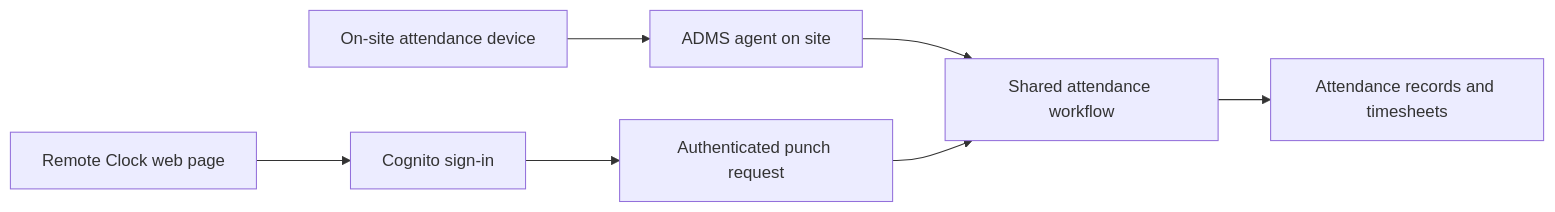
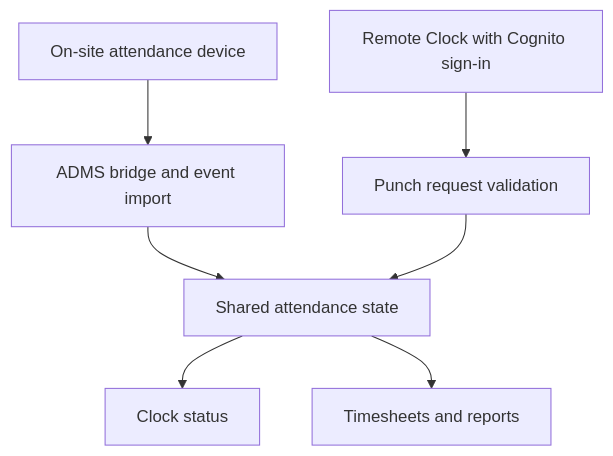
The second of 3 diagrams in README.md (ShuaibSahib2017/meatorderpro-showcase), drawn with Mermaid before and after one commit. The commit also changed other lines of this file, not shown here.

````diff
--- a/README.md
+++ b/README.md
@@ -62,9 +63,9 @@
 ```mermaid
-flowchart LR
-    A["On-site attendance device"] --> B["ADMS agent on site"]
-    C["Remote Clock web page"] --> D["Cognito sign-in"]
-    D --> E["Authenticated punch request"]
-    B --> F["Shared attendance workflow"]
-    E --> F
-    F --> G["Attendance records and timesheets"]
+flowchart TD
+    A["On-site attendance device"] --> B["ADMS bridge and event import"]
+    C["Remote Clock with Cognito sign-in"] --> D["Punch request validation"]
+    B --> E["Shared attendance state"]
+    D --> E
+    E --> F["Clock status"]
+    E --> G["Timesheets and reports"]
 ```
````
